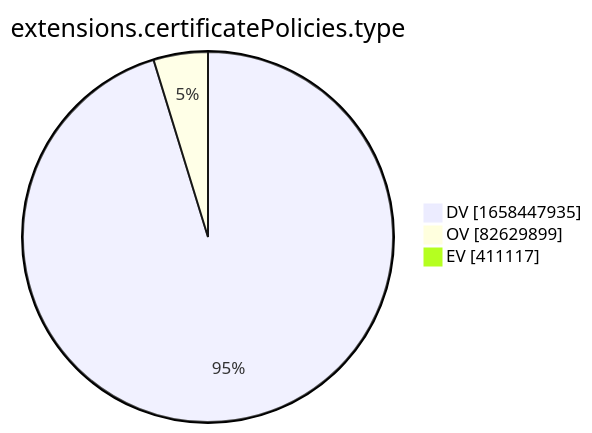
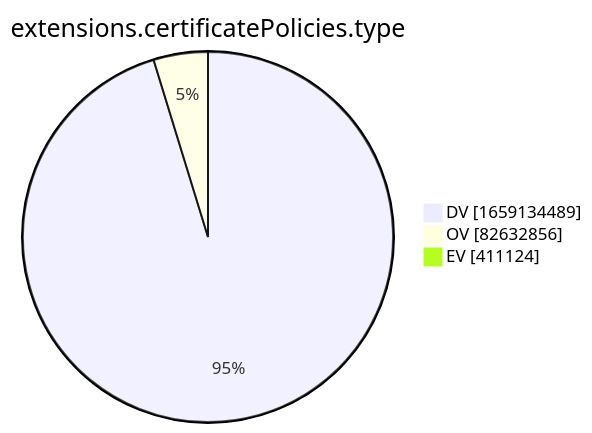
The tenth of 15 diagrams in xenon2022/README.md (christiankrug/ctmonitor_visualization), drawn with Mermaid before and after one commit. The commit also changed other lines of this file, not shown here.

````diff
--- a/xenon2022/README.md
+++ b/xenon2022/README.md
@@ -2880,7 +2880,7 @@
 ```mermaid
 pie showData
 title extensions.certificatePolicies.type
-"DV" :1658447935
-"OV" :82629899
-"EV" :411117
+"DV" :1659134489
+"OV" :82632856
+"EV" :411124
 ```
````
